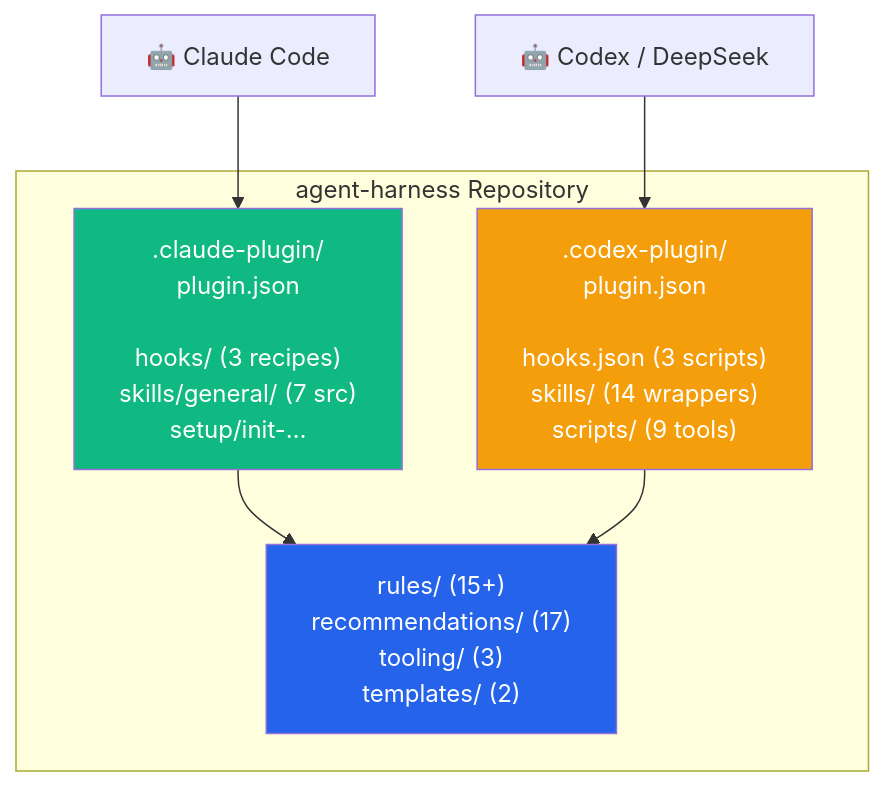
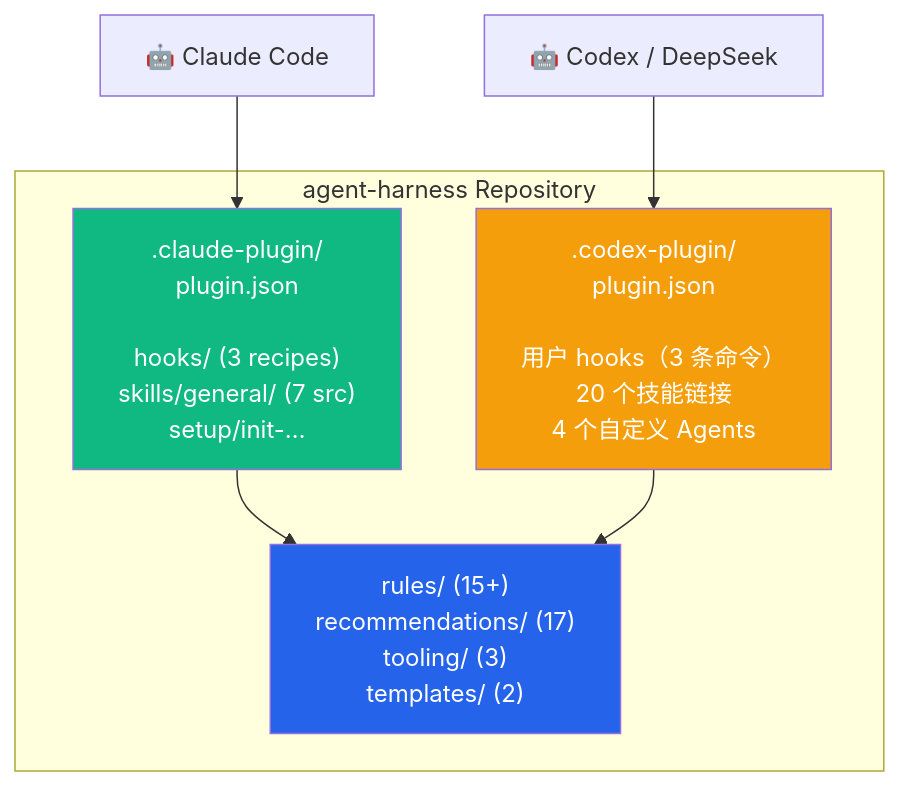
Before and after one commit to jajupmochi/agent-harness: the diagram in README.zh.md, drawn with Mermaid. The commit also changed other lines of this file and 25 other files, not shown here.

````diff
--- a/README.zh.md
+++ b/README.zh.md
@@ -234,17 +235,17 @@
 ```mermaid
 graph TD
     subgraph "agent-harness Repository"
         CC[".claude-plugin/<br/>plugin.json<br/><br/>hooks/ (3 recipes)<br/>skills/general/ (7 src)<br/>setup/init-…"]
-        CX[".codex-plugin/<br/>plugin.json<br/><br/>hooks.json (3 scripts)<br/>skills/ (14 wrappers)<br/>scripts/ (9 tools)"]
+        CX[".codex-plugin/<br/>plugin.json<br/><br/>用户 hooks（3 条命令）<br/>20 个技能链接<br/>4 个自定义 Agents"]
         SHARED["rules/ (15+)<br/>recommendations/ (17)<br/>tooling/ (3)<br/>templates/ (2)"]
     end
 
     CLAUDE["🤖 Claude Code"] --> CC
     CODEX["🤖 Codex / DeepSeek"] --> CX
     CC --> SHARED
     CX --> SHARED
 
     style SHARED fill:#2563EB,color:#fff
     style CC fill:#10B981,color:#fff
     style CX fill:#F59E0B,color:#fff
 ```
````
